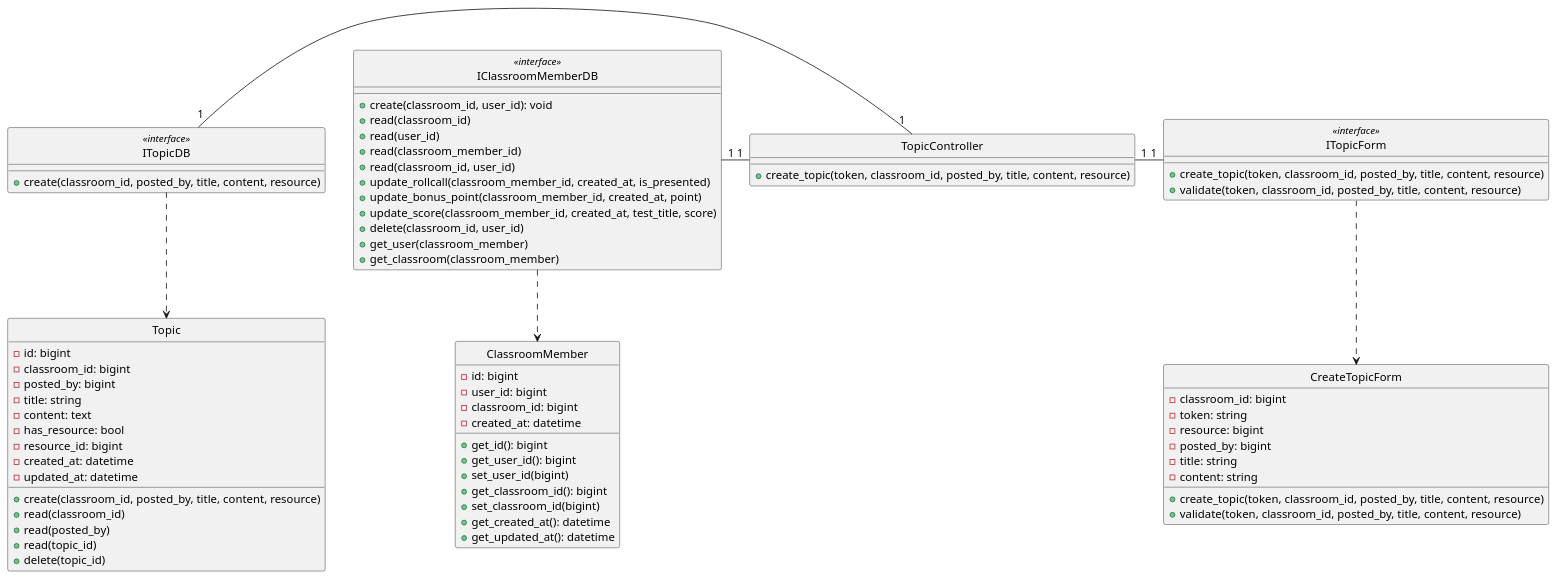
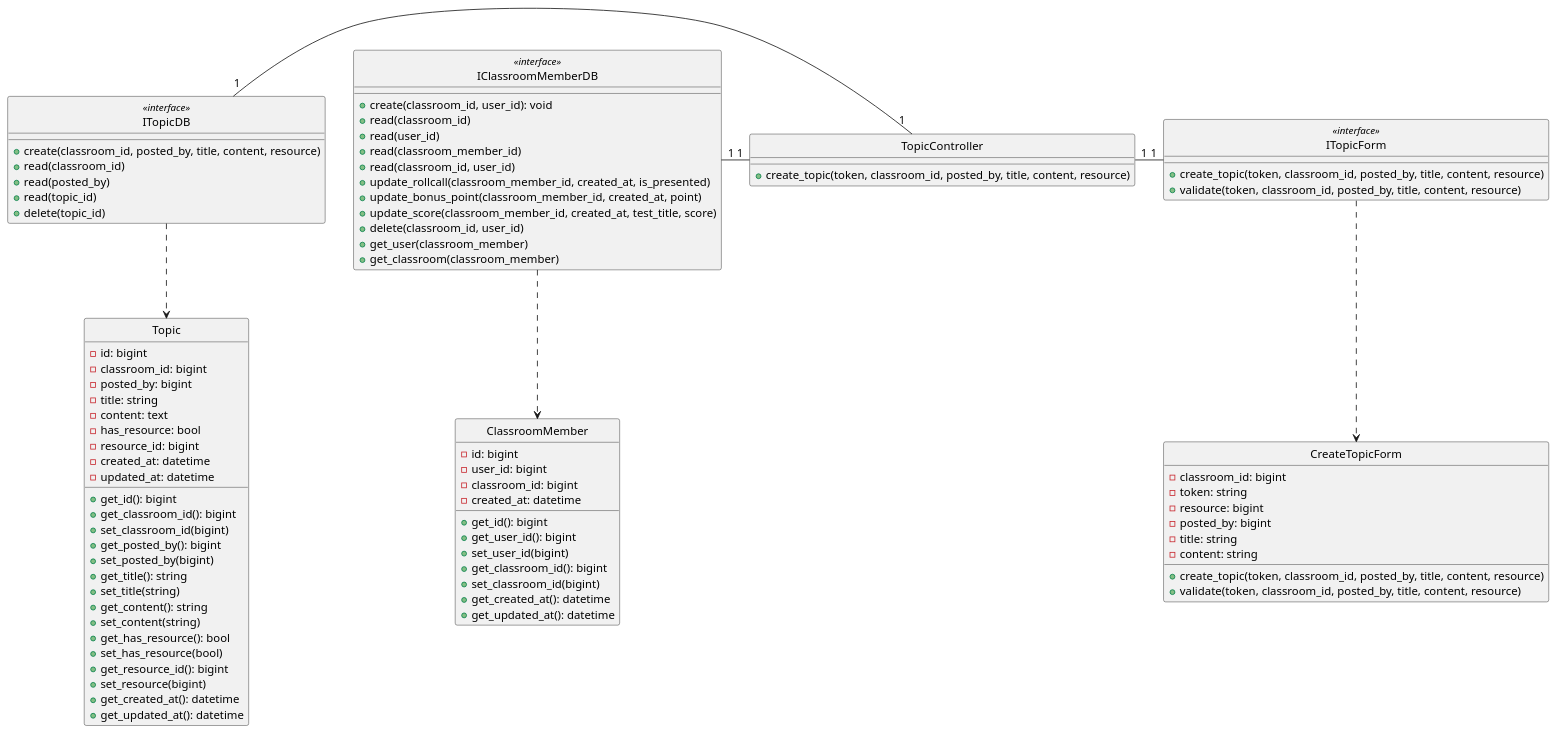
The diagram in class - design/topic/createTopic.plantuml (anonyhostvn/OOAD-Diagram), drawn with PlantUML before and after one commit. The commit also changed 8 other files, not shown here.

```diff
--- a/class - design/topic/createTopic.plantuml
+++ b/class - design/topic/createTopic.plantuml
@@ -1,93 +1,107 @@
 @startuml createTopic
 
 class CreateTopicForm {
     - classroom_id: bigint
     - token: string
     - resource: bigint
     - posted_by: bigint
     - title: string
     - content: string
 
     + create_topic(token, classroom_id, posted_by, title, content, resource)
     + validate(token, classroom_id, posted_by, title, content, resource)
 }
 
 class ITopicForm <<interface>> {
     + create_topic(token, classroom_id, posted_by, title, content, resource)
     + validate(token, classroom_id, posted_by, title, content, resource)
 }
 
 class TopicController {
     + create_topic(token, classroom_id, posted_by, title, content, resource) 
 }
 
 class ClassroomMember {
     - id: bigint
     - user_id: bigint
     - classroom_id: bigint
     - created_at: datetime
 
     + get_id(): bigint
     + get_user_id(): bigint
     + set_user_id(bigint)
     + get_classroom_id(): bigint
     + set_classroom_id(bigint)
     + get_created_at(): datetime
     + get_updated_at(): datetime
 }
 
 class IClassroomMemberDB <<interface>> {
     + create(classroom_id, user_id): void
     + read(classroom_id)
     + read(user_id)
     + read(classroom_member_id)
     + read(classroom_id, user_id)
     + update_rollcall(classroom_member_id, created_at, is_presented)
     + update_bonus_point(classroom_member_id, created_at, point)
     + update_score(classroom_member_id, created_at, test_title, score)
     + delete(classroom_id, user_id)
     + get_user(classroom_member)
     + get_classroom(classroom_member)
 }
 
 
 class Topic {
     - id: bigint
     - classroom_id: bigint
     - posted_by: bigint
     - title: string
     - content: text
     - has_resource: bool
     - resource_id: bigint
     - created_at: datetime
     - updated_at: datetime
 
+    + get_id(): bigint
+    + get_classroom_id(): bigint
+    + set_classroom_id(bigint)
+    + get_posted_by(): bigint
+    + set_posted_by(bigint)
+    + get_title(): string
+    + set_title(string)
+    + get_content(): string
+    + set_content(string)
+    + get_has_resource(): bool
+    + set_has_resource(bool)
+    + get_resource_id(): bigint
+    + set_resource(bigint)
+    + get_created_at(): datetime
+    + get_updated_at(): datetime
+}
+
+class ITopicDB <<interface>> {
     + create(classroom_id, posted_by, title, content, resource)
     + read(classroom_id)
     + read(posted_by)
     + read(topic_id)
     + delete(topic_id)
-}
-
-class ITopicDB <<interface>> {
-    + create(classroom_id, posted_by, title, content, resource)
 }
 
 hide CreateTopicForm circle
 hide ITopicForm <<interface>> circle
 hide TopicController circle
 hide IClassroomMemberDB <<interface>> circle
 hide ClassroomMember circle
 hide ITopicDB <<interface>> circle
 hide Topic circle 
 
 
 ITopicForm .down.> CreateTopicForm
 IClassroomMemberDB .down.> ClassroomMember
 ITopicDB .down.> Topic
 ITopicForm "1"-left-"1" TopicController
 TopicController "1"-left-"1" IClassroomMemberDB
 TopicController "1"-left-"1" ITopicDB
 
 
 @enduml
```
